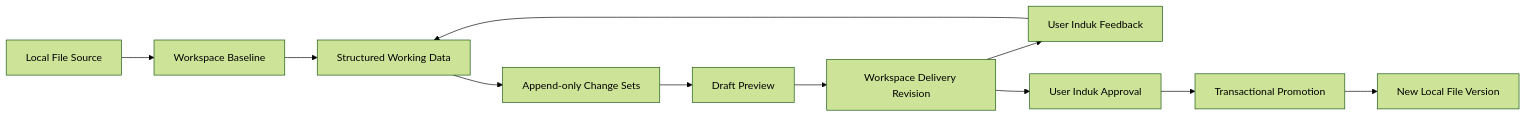
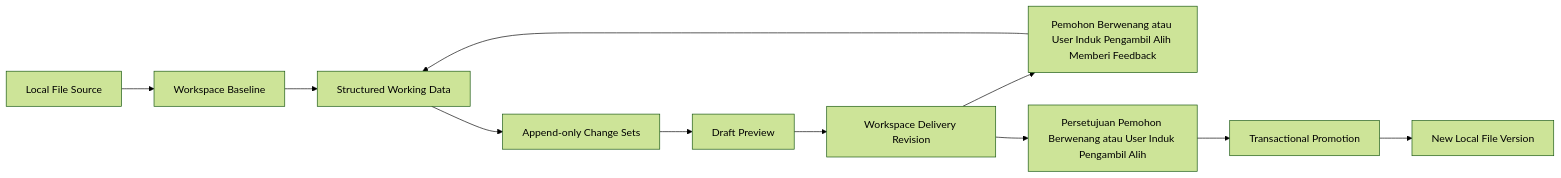
One commit to dayatmuc/tp-docs-documentation changed the sixth of 6 diagrams in 02-With-Consultant/05-Architecture/Consultation-Architecture.md. Above: the diagram before and after it, drawn with Mermaid (forest theme). The commit also changed other lines of this file and 27 other files, not shown here.

````diff
--- a/02-With-Consultant/05-Architecture/Consultation-Architecture.md
+++ b/02-With-Consultant/05-Architecture/Consultation-Architecture.md
@@ -361,13 +367,13 @@
 ```mermaid
 flowchart LR
     Source[Local File Source] --> Snapshot[Workspace Baseline]
     Snapshot --> Working[Structured Working Data]
     Working --> ChangeSet[Append-only Change Sets]
     ChangeSet --> Preview[Draft Preview]
     Preview --> Delivery[Workspace Delivery Revision]
-    Delivery --> Feedback[User Induk Feedback]
+    Delivery --> Feedback[Pemohon Berwenang atau User Induk Pengambil Alih Memberi Feedback]
     Feedback --> Working
-    Delivery --> Approval[User Induk Approval]
+    Delivery --> Approval[Persetujuan Pemohon Berwenang atau User Induk Pengambil Alih]
     Approval --> Promote[Transactional Promotion]
     Promote --> NewVersion[New Local File Version]
 ```
````
